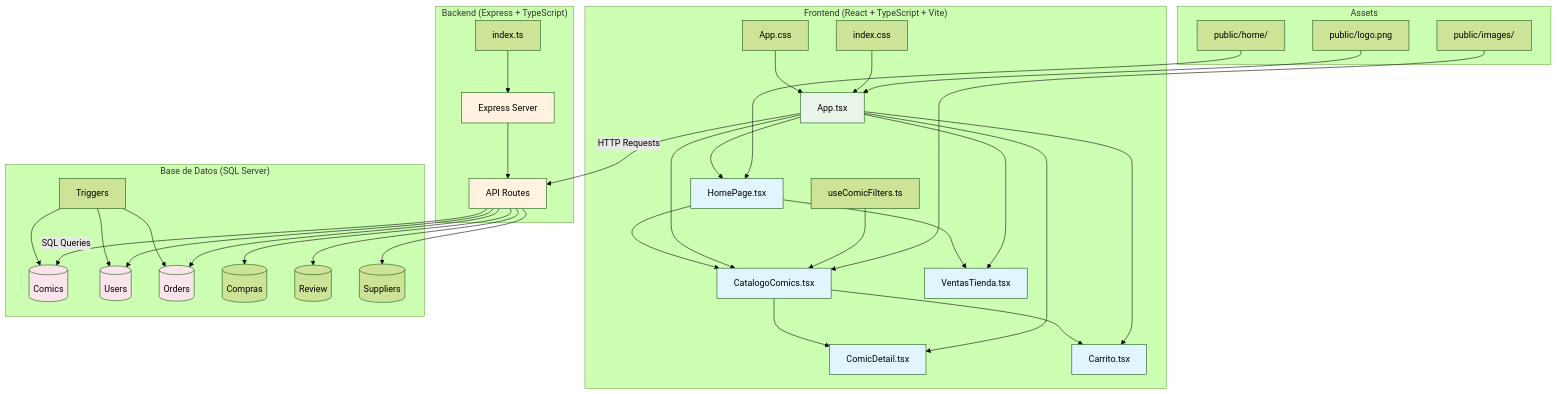
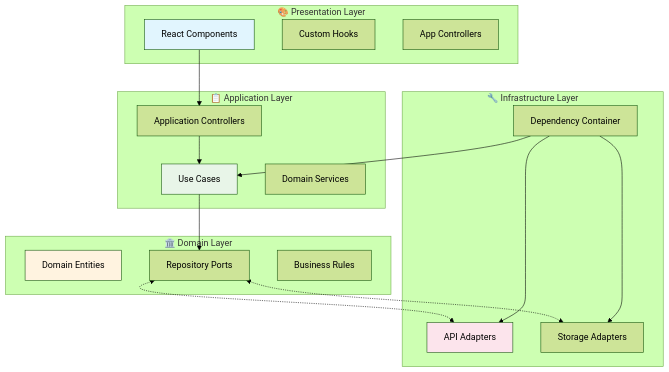
The diagram in README.md (Deathsoul56/Tienda-Comics), drawn with Mermaid (forest theme) before and after one commit. The commit also changed other lines of this file, not shown here.

````diff
--- a/README.md
+++ b/README.md
@@ -8,60 +9,40 @@
 ```mermaid
 graph TB
-    subgraph "Frontend (React + TypeScript + Vite)"
-        A[HomePage.tsx] --> B[CatalogoComics.tsx]
-        B --> C[ComicDetail.tsx]
-        B --> D[Carrito.tsx]
-        A --> E[VentasTienda.tsx]
-        F[App.tsx] --> A
-        F --> B
-        F --> C
-        F --> D
-        F --> E
-        G[useComicFilters.ts] --> B
-        H[App.css] --> F
-        I[index.css] --> F
+    subgraph "🎨 Presentation Layer"
+        UI[React Components]
+        Hooks[Custom Hooks]
+        Controllers[App Controllers]
     end
 
-    subgraph "Backend (Express + TypeScript)"
-        J[index.ts] --> K[Express Server]
-        K --> L[API Routes]
+    subgraph "📋 Application Layer"
+        UC[Use Cases]
+        Services[Domain Services]
+        AppControllers[Application Controllers]
     end
 
-    subgraph "Base de Datos (SQL Server)"
-        M[(Comics)]
-        N[(Users)]
-        O[(Orders)]
-        P[(Compras)]
-        Q[(Review)]
-        R[(Suppliers)]
-        S[Triggers] --> M
-        S --> N
-        S --> O
+    subgraph "🏛️ Domain Layer"
+        Entities[Domain Entities]
+        Ports[Repository Ports]
+        Rules[Business Rules]
     end
 
-    subgraph "Assets"
-        T[public/images/] --> B
-        U[public/home/] --> A
-        V[public/logo.png] --> F
+    subgraph "🔧 Infrastructure Layer"
+        API[API Adapters]
+        Storage[Storage Adapters]
+        DI[Dependency Container]
     end
 
-    F -->|HTTP Requests| L
-    L -->|SQL Queries| M
-    L --> N
-    L --> O
-    L --> P
-    L --> Q
-    L --> R
+    UI --> AppControllers
+    AppControllers --> UC
+    UC --> Ports
+    Ports <-.-> API
+    Ports <-.-> Storage
+    DI --> UC
+    DI --> API
+    DI --> Storage
 
-    style A fill:#e1f5fe
-    style B fill:#e1f5fe
-    style C fill:#e1f5fe
-    style D fill:#e1f5fe
-    style E fill:#e1f5fe
-    style F fill:#e8f5e8
-    style K fill:#fff3e0
-    style L fill:#fff3e0
-    style M fill:#fce4ec
-    style N fill:#fce4ec
-    style O fill:#fce4ec
+    style UI fill:#e1f5fe
+    style UC fill:#e8f5e8
+    style Entities fill:#fff3e0
+    style API fill:#fce4ec
 ```
````
